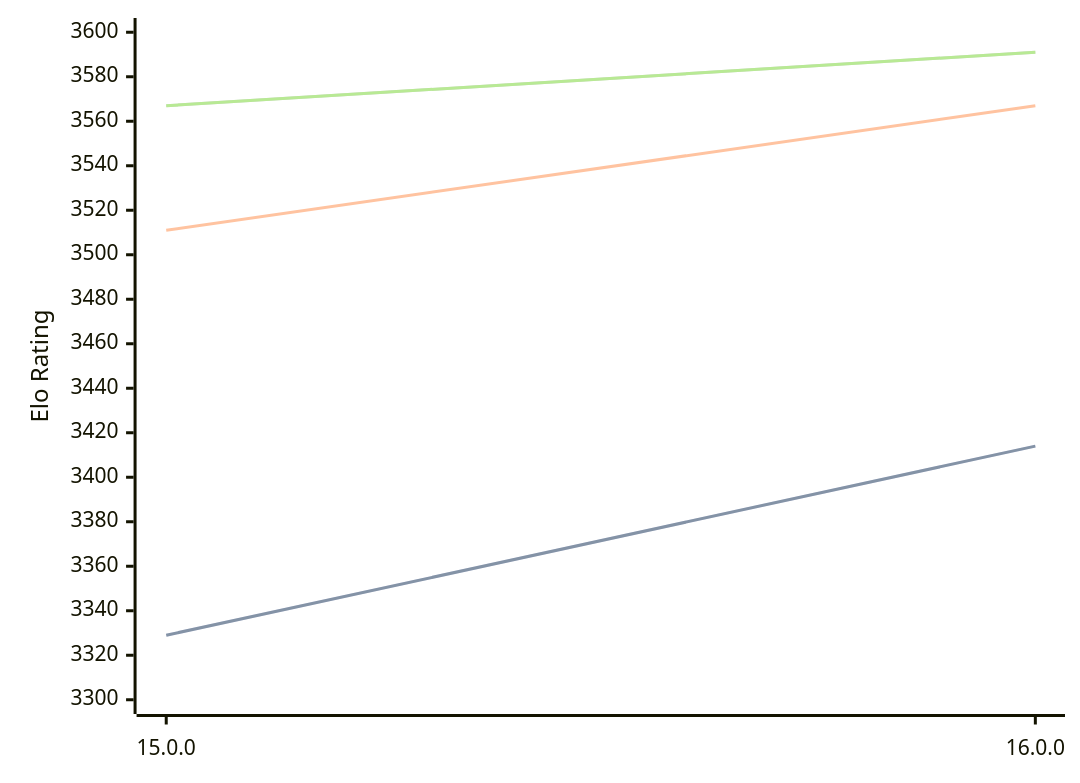
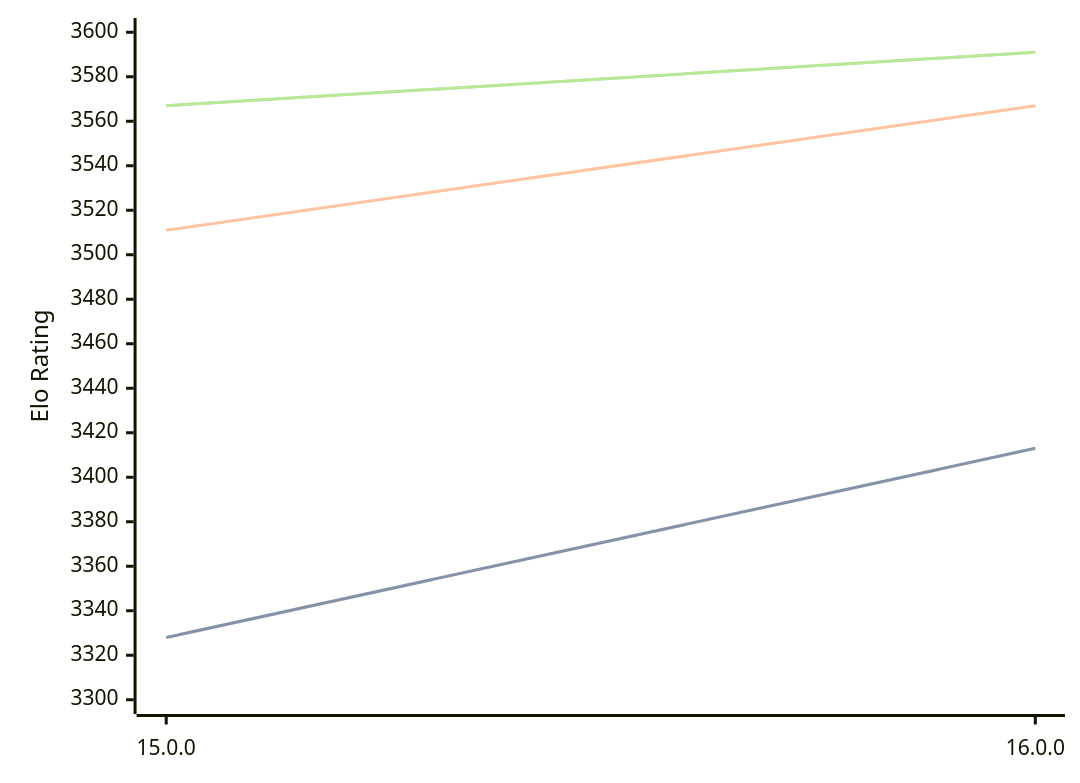
The diagram in engines/Halogen.md (computer-chess-index/cci), drawn with Mermaid before and after one commit. The commit also changed other lines of this file, not shown here.

````diff
--- a/engines/Halogen.md
+++ b/engines/Halogen.md
@@ -48,11 +48,11 @@
 ```mermaid
 %%{init: {"theme":"base","themeVariables":{"seriesColors:['#a3a3a3','#222221','#faa371']}}}%%
 xychart-beta
   x-axis ["15.0.0", "16.0.0"]
   y-axis "Elo Rating" 3300 --> 3600
-  line "STC (8.0+0.08s)" [3329, 3414]
-  line "STC (8.0+0.08s)" [3329, 3414]
+  line "STC (8.0+0.08s)" [3328, 3413]
+  line "STC (8.0+0.08s)" [3328, 3413]
   line "LTC (60.0+0.60s)" [3511, 3567]
   line "VLTC (2m24s+1.12s)" [3567, 3591]
   line "VLTC (2m24s+1.12s)" [3567, 3591]
 ```
````
